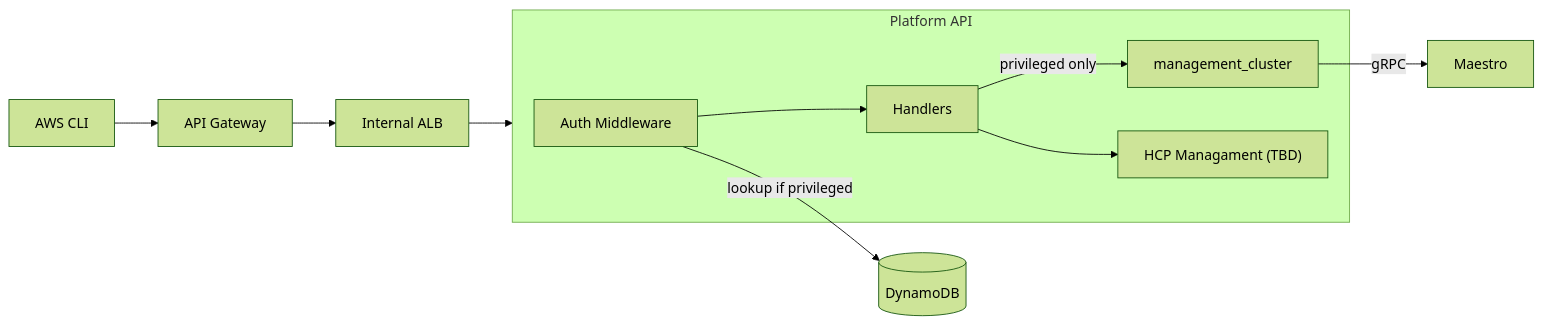
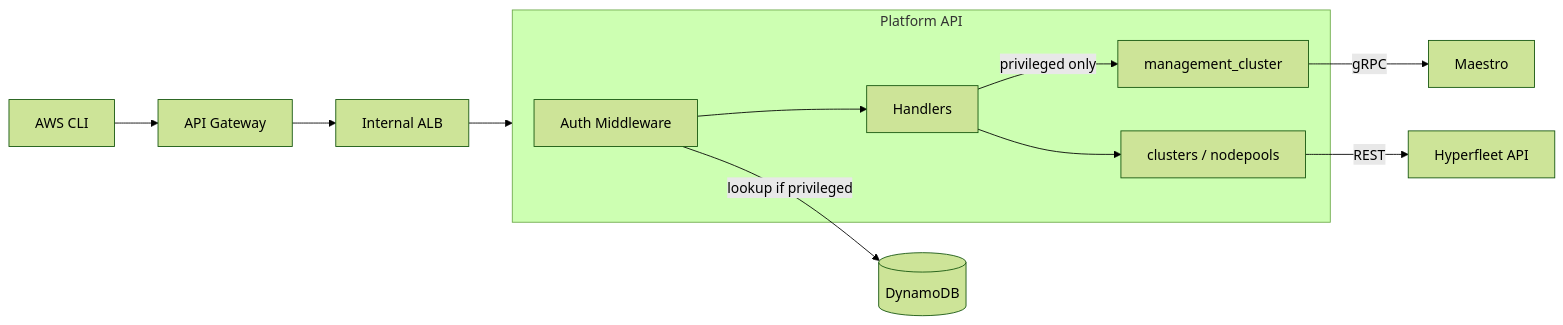
Before and after one commit to openshift-online/rosa-regional-platform-api: the diagram in README.md, drawn with Mermaid (forest theme). The commit also changed other lines of this file, not shown here.

First line of the commit message:
docs: update architecture diagram and config table to reflect hyperfleet integration

````diff
--- a/README.md
+++ b/README.md
@@ -7,15 +7,16 @@
 ```mermaid
 flowchart LR
     CLI["AWS CLI"] --> APIGW["API Gateway"]
     APIGW --> ALB["Internal ALB"]
     ALB --> PlatformAPI
 
     subgraph PlatformAPI["Platform API"]
         AuthMW["Auth Middleware"] --> Handler["Handlers"]
         Handler -->|privileged only| MgmtCluster["management_cluster"]
-        Handler --> HCP["HCP Managament (TBD)"]
+        Handler --> Clusters["clusters / nodepools"]
     end
 
     AuthMW -->|lookup if privileged| DDB[("DynamoDB")]
     MgmtCluster -->|gRPC| Maestro["Maestro"]
+    Clusters -->|REST| Hyperfleet["Hyperfleet API"]
 ```
````
